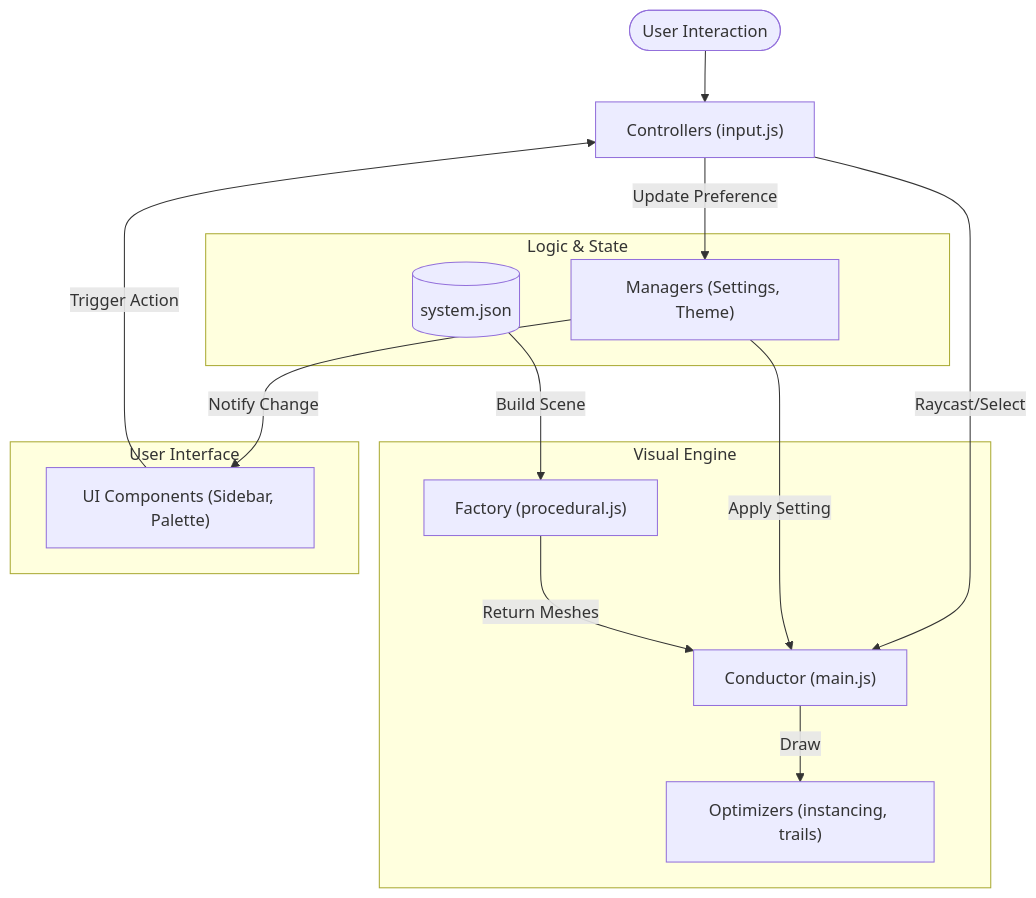
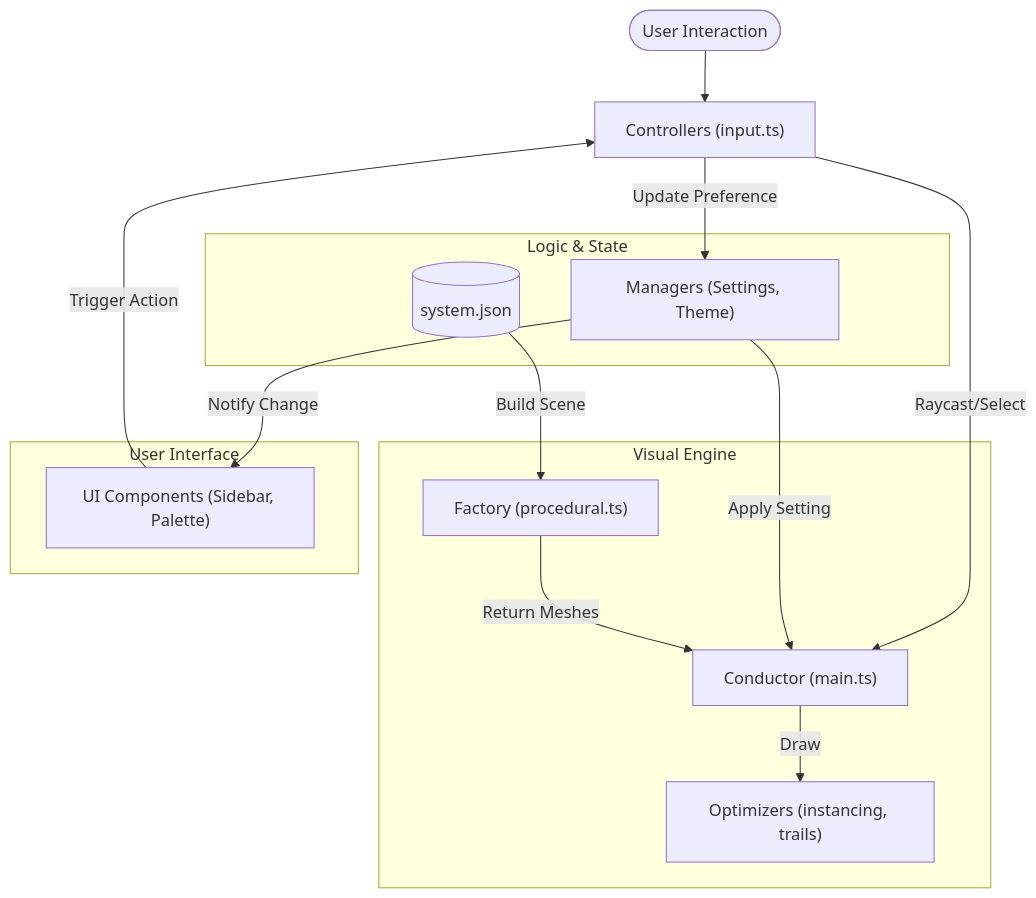
The diagram in CONTRIBUTING.md (therealsahil19/Solar-Sim), drawn with Mermaid before and after one commit. The commit also changed other lines of this file and 11 other files, not shown here.

````diff
--- a/CONTRIBUTING.md
+++ b/CONTRIBUTING.md
@@ -79,28 +79,28 @@
 ```mermaid
 graph TD
-    User([User Interaction]) --> CONTROLLERS["Controllers (input.js)"]
+    User([User Interaction]) --> CONTROLLERS["Controllers (input.ts)"]
     
     subgraph "Logic & State"
         MANAGERS["Managers (Settings, Theme)"]
         JSON[(system.json)]
     end
     
     subgraph "Visual Engine"
-        CONDUCTOR["Conductor (main.js)"]
-        FACTORY["Factory (procedural.js)"]
+        CONDUCTOR["Conductor (main.ts)"]
+        FACTORY["Factory (procedural.ts)"]
         OPTIMIZERS["Optimizers (instancing, trails)"]
     end
     
     subgraph "User Interface"
         UI_COMP["UI Components (Sidebar, Palette)"]
     end
     
     CONTROLLERS -->|Update Preference| MANAGERS
     CONTROLLERS -->|Raycast/Select| CONDUCTOR
     MANAGERS -->|Notify Change| UI_COMP
     MANAGERS -->|Apply Setting| CONDUCTOR
     JSON -->|Build Scene| FACTORY
     FACTORY -->|Return Meshes| CONDUCTOR
     CONDUCTOR -->|Draw| OPTIMIZERS
     UI_COMP -->|Trigger Action| CONTROLLERS
 ```
````
